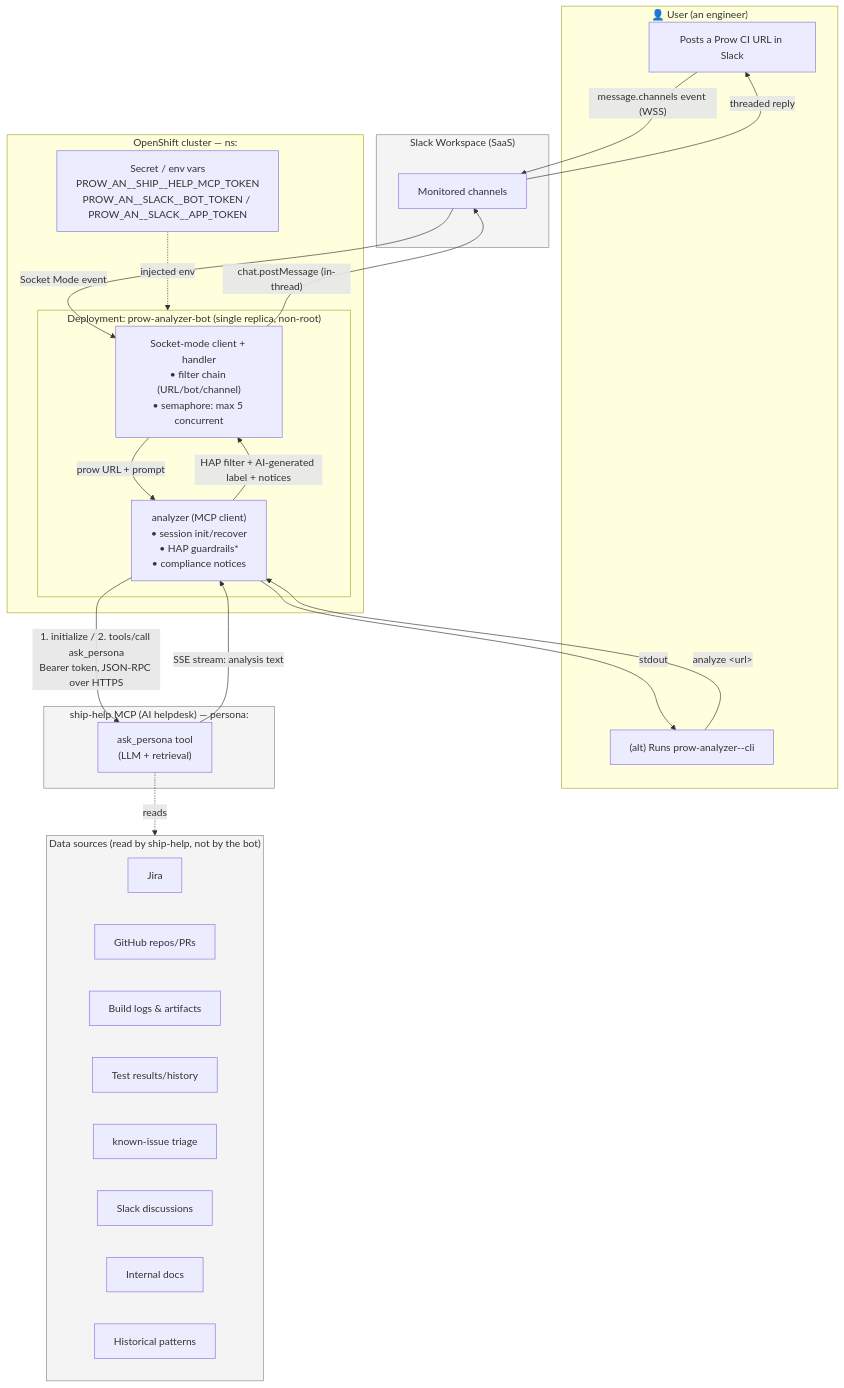
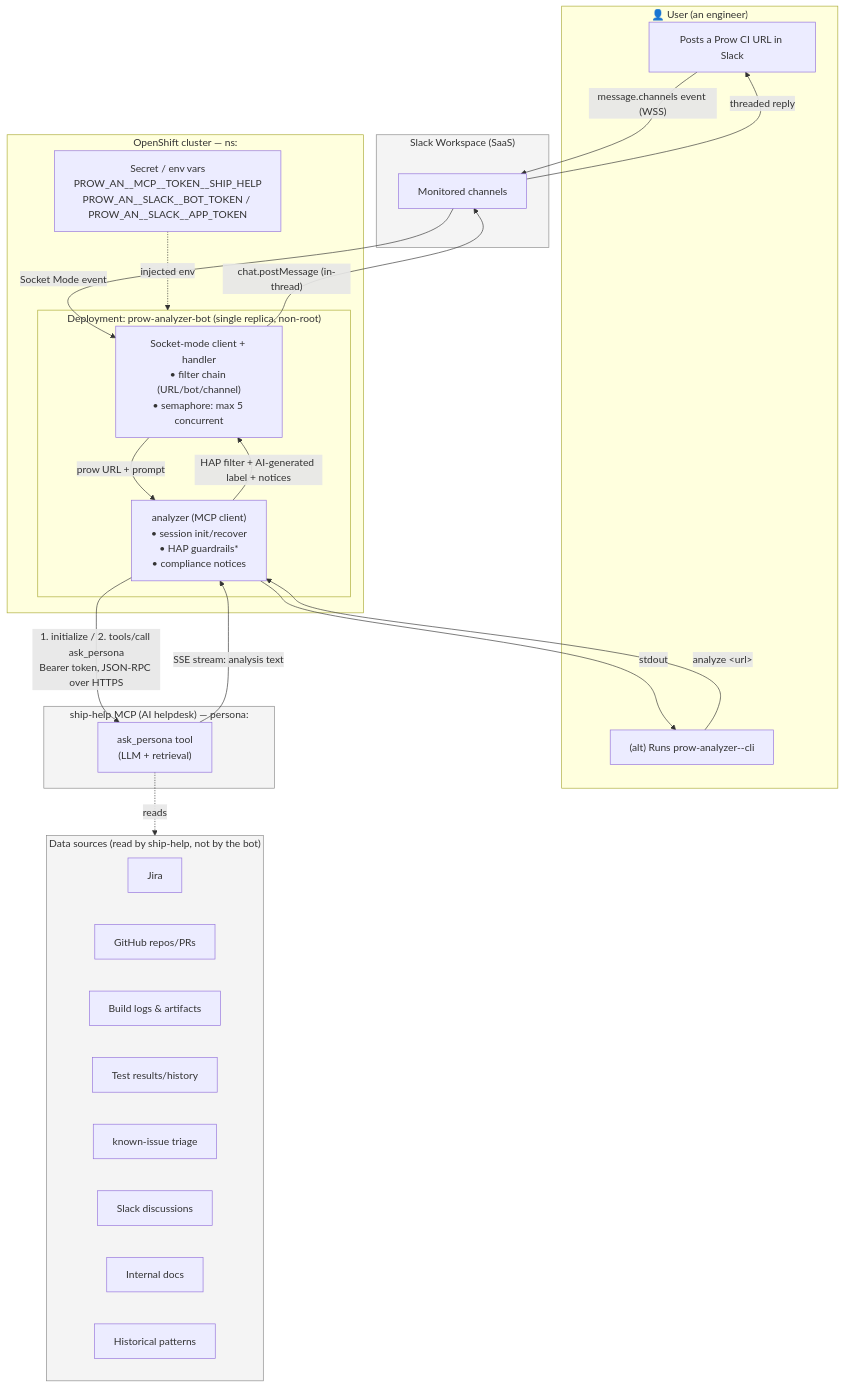
Before and after one commit to RedHatQE/OpenShift-LP-QE--Tools: the first of 3 diagrams in apps/prow-analyzer/doc/dataflow-architecture.md, drawn with Mermaid. The commit also changed other lines of this file and 21 other files, not shown here.

First line of the commit message:
prow-analyzer: bot env-var scheme, allow-list, data-minimized audit & SSE

````diff
--- a/apps/prow-analyzer/doc/dataflow-architecture.md
+++ b/apps/prow-analyzer/doc/dataflow-architecture.md
@@ -10,51 +10,51 @@
 ```mermaid
 flowchart TB
     subgraph User["👤 User (an engineer)"]
         U1["Posts a Prow CI URL in Slack"]
         U2["(alt) Runs prow-analyzer--cli"]
     end
 
     subgraph Slack["Slack Workspace (SaaS)"]
         SW["Monitored channels"]
     end
 
     subgraph OCP["OpenShift cluster — ns: <your-namespace>"]
         subgraph BOT["Deployment: prow-analyzer-bot (single replica, non-root)"]
             H["Socket-mode client + handler<br/>• filter chain (URL/bot/channel)<br/>• semaphore: max 5 concurrent"]
             A["analyzer (MCP client)<br/>• session init/recover<br/>• HAP guardrails*<br/>• compliance notices"]
         end
-        SEC["Secret / env vars<br/>PROW_AN__SHIP__HELP_MCP_TOKEN<br/>PROW_AN__SLACK__BOT_TOKEN / PROW_AN__SLACK__APP_TOKEN"]
+        SEC["Secret / env vars<br/>PROW_AN__MCP__TOKEN__SHIP_HELP<br/>PROW_AN__SLACK__BOT_TOKEN / PROW_AN__SLACK__APP_TOKEN"]
     end
 
     subgraph SH["ship-help MCP (AI helpdesk) — persona: <persona>"]
         MCP["ask_persona tool<br/>(LLM + retrieval)"]
     end
 
     subgraph DS["Data sources (read by ship-help, not by the bot)"]
         direction LR
         J["Jira"]
         G["GitHub repos/PRs"]
         L["Build logs & artifacts"]
         T["Test results/history"]
         F["known-issue triage"]
         SD["Slack discussions"]
         DOC["Internal docs"]
         HP["Historical patterns"]
     end
 
     U1 -->|"message.channels event (WSS)"| SW
     SW -->|"Socket Mode event"| H
     H -->|"prow URL + prompt"| A
     U2 -->|"analyze &lt;url&gt;"| A
     A -->|"1. initialize / 2. tools/call ask_persona<br/>Bearer token, JSON-RPC over HTTPS"| MCP
     MCP -.->|"reads"| DS
     MCP -->|"SSE stream: analysis text"| A
     A -->|"HAP filter + AI-generated label + notices"| H
     H -->|"chat.postMessage (in-thread)"| SW
     SW -->|"threaded reply"| U1
     A -->|"stdout"| U2
     SEC -.->|"injected env"| BOT
 
     classDef ext fill:#f4f4f4,stroke:#888;
     class Slack,SH,DS ext;
 ```
````
